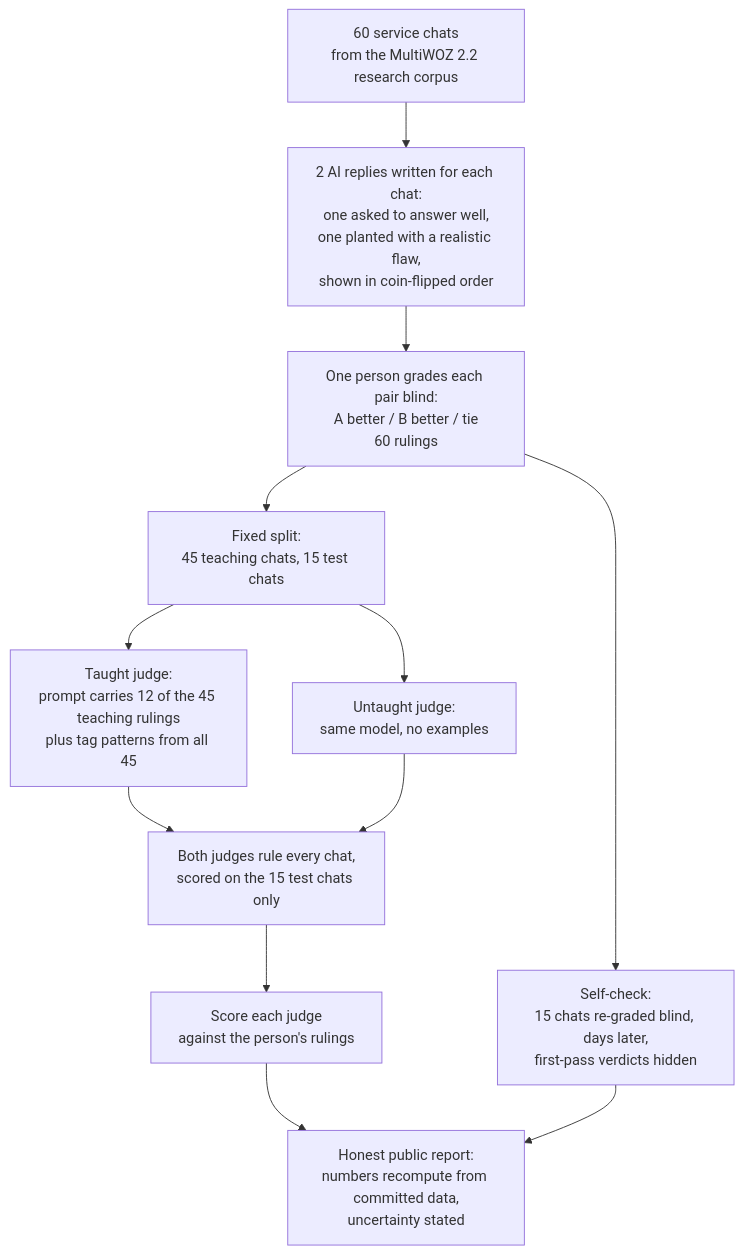
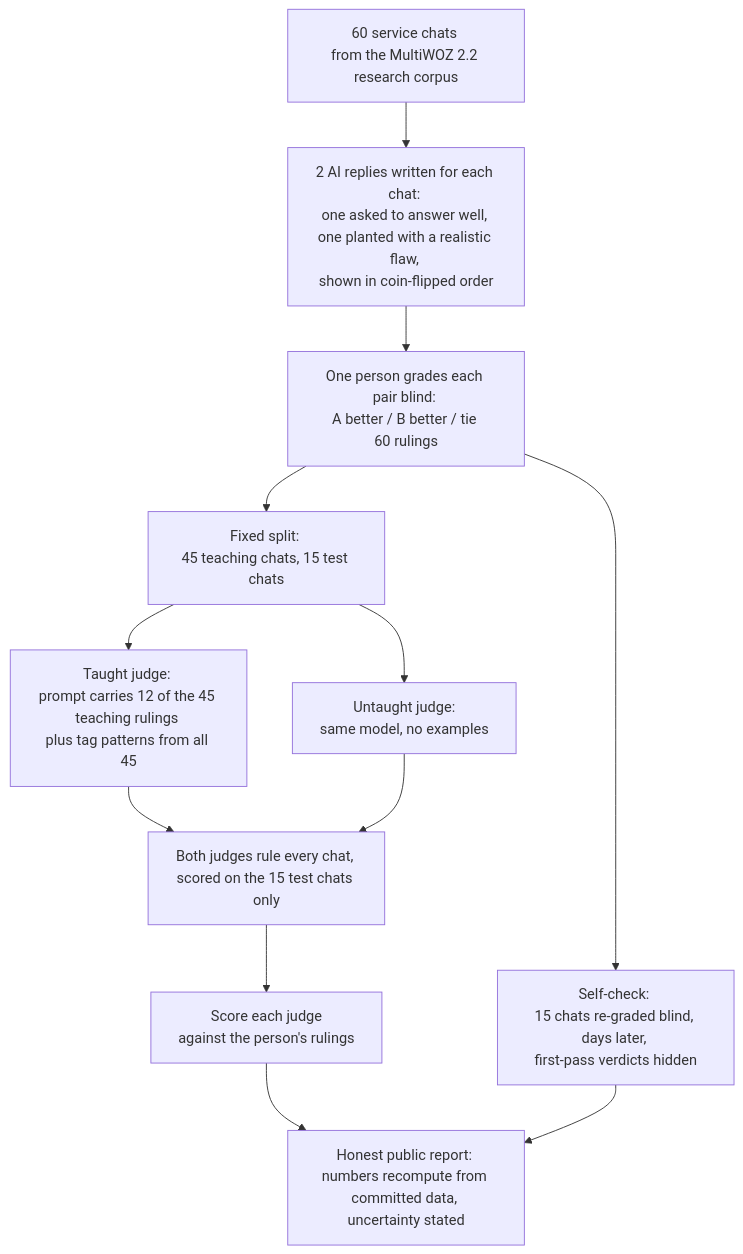
Before and after one commit to Mike-E-Log/business-scenario-judge: the diagram in README.md, drawn with Mermaid.

Commit message:
readme: space before every mermaid <br> (same render-fusion fix as gg-tank-watch)

````diff
--- a/README.md
+++ b/README.md
@@ -33,14 +33,14 @@
 ```mermaid
 flowchart TD
-    A["60 service chats<br>from the MultiWOZ 2.2 research corpus"] --> B["2 AI replies written for each chat:<br>one asked to answer well,<br>one planted with a realistic flaw,<br>shown in coin-flipped order"]
-    B --> C["One person grades each pair blind:<br>A better / B better / tie<br>60 rulings"]
-    C --> D["Fixed split:<br>45 teaching chats, 15 test chats"]
-    C --> R["Self-check:<br>15 chats re-graded blind, days later,<br>first-pass verdicts hidden"]
-    D --> E["Taught judge:<br>prompt carries 12 of the 45 teaching rulings<br>plus tag patterns from all 45"]
-    D --> F["Untaught judge:<br>same model, no examples"]
-    E --> G["Both judges rule every chat,<br>scored on the 15 test chats only"]
+    A["60 service chats <br>from the MultiWOZ 2.2 research corpus"] --> B["2 AI replies written for each chat: <br>one asked to answer well, <br>one planted with a realistic flaw, <br>shown in coin-flipped order"]
+    B --> C["One person grades each pair blind: <br>A better / B better / tie <br>60 rulings"]
+    C --> D["Fixed split: <br>45 teaching chats, 15 test chats"]
+    C --> R["Self-check: <br>15 chats re-graded blind, days later, <br>first-pass verdicts hidden"]
+    D --> E["Taught judge: <br>prompt carries 12 of the 45 teaching rulings <br>plus tag patterns from all 45"]
+    D --> F["Untaught judge: <br>same model, no examples"]
+    E --> G["Both judges rule every chat, <br>scored on the 15 test chats only"]
     F --> G
-    G --> H["Score each judge<br>against the person's rulings"]
-    H --> J["Honest public report:<br>numbers recompute from committed data,<br>uncertainty stated"]
+    G --> H["Score each judge <br>against the person's rulings"]
+    H --> J["Honest public report: <br>numbers recompute from committed data, <br>uncertainty stated"]
     R --> J
 ```
````
